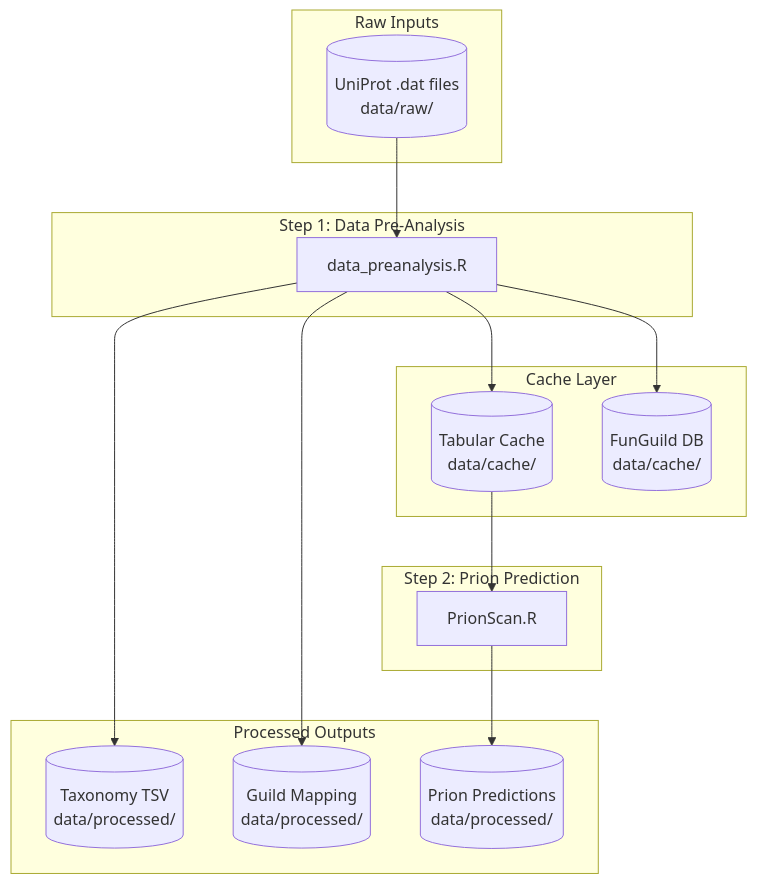
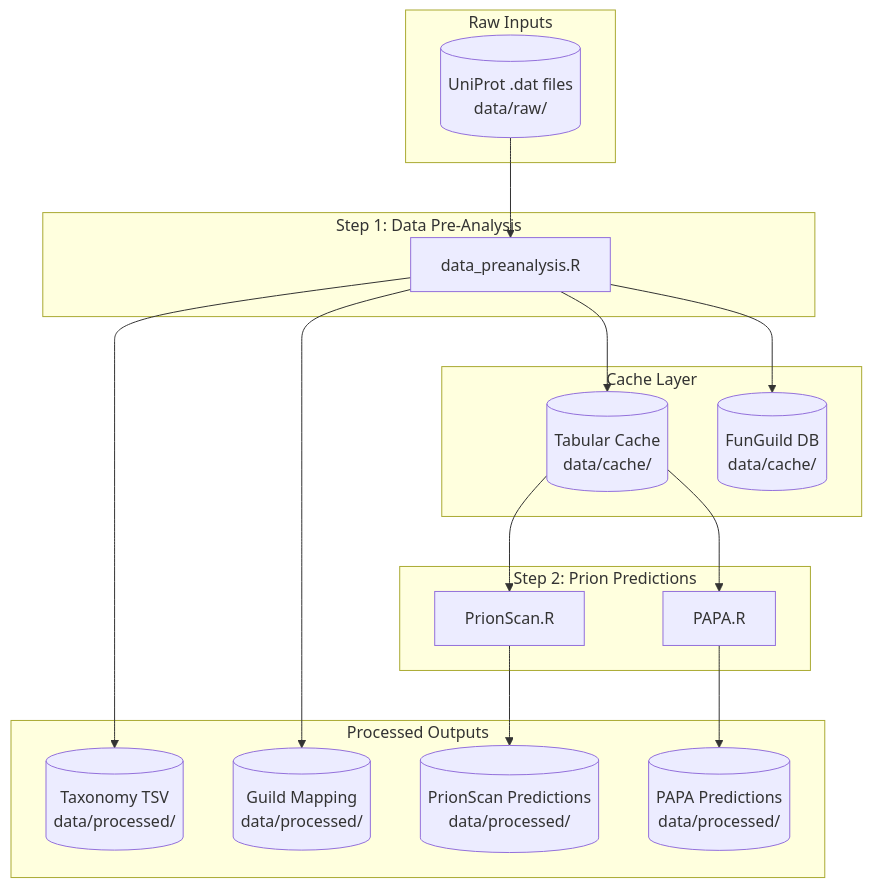
One commit to sghignone/prion-prediction-pipeline changed the diagram in docs/workflow.md. Above: the diagram before and after it, drawn with Mermaid. The commit also changed other lines of this file and 5 other files, not shown here.

````diff
--- a/docs/workflow.md
+++ b/docs/workflow.md
@@ -66,33 +66,37 @@
 ```mermaid
 flowchart TD
     subgraph inputs["Raw Inputs"]
         DAT[("UniProt .dat files<br/>data/raw/")]
     end
 
     subgraph step1["Step 1: Data Pre-Analysis"]
         S1[data_preanalysis.R]
     end
 
     subgraph cache["Cache Layer"]
         TSV[("Tabular Cache<br/>data/cache/")]
         FGDB[("FunGuild DB<br/>data/cache/")]
     end
 
-    subgraph step2["Step 2: Prion Prediction"]
+    subgraph step2["Step 2: Prion Predictions"]
         S2[PrionScan.R]
+        S3[PAPA.R]
     end
 
     subgraph outputs["Processed Outputs"]
         TAX[("Taxonomy TSV<br/>data/processed/")]
         GUILD[("Guild Mapping<br/>data/processed/")]
-        PRION[("Prion Predictions<br/>data/processed/")]
+        PRION[("PrionScan Predictions<br/>data/processed/")]
+        PAPA_OUT[("PAPA Predictions<br/>data/processed/")]
     end
 
     DAT --> S1
     S1 --> TSV
     S1 --> FGDB
     S1 --> TAX
     S1 --> GUILD
     TSV --> S2
+    TSV --> S3
     S2 --> PRION
+    S3 --> PAPA_OUT
 ```
````
